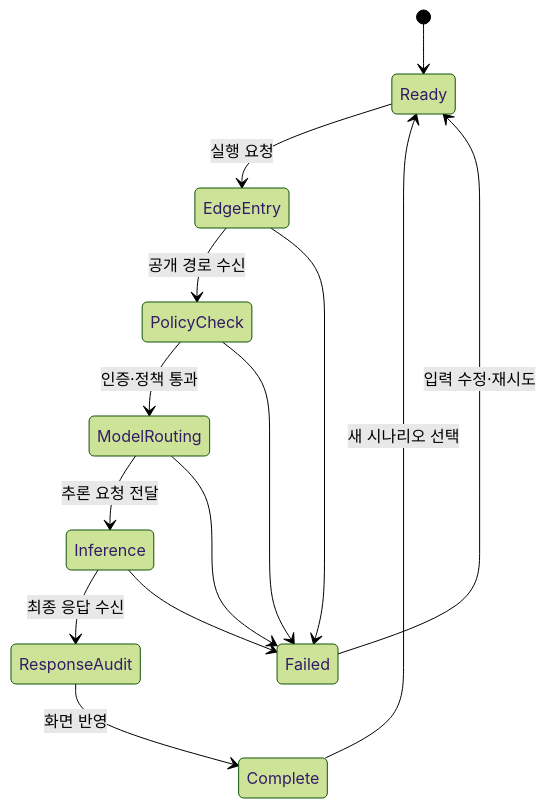
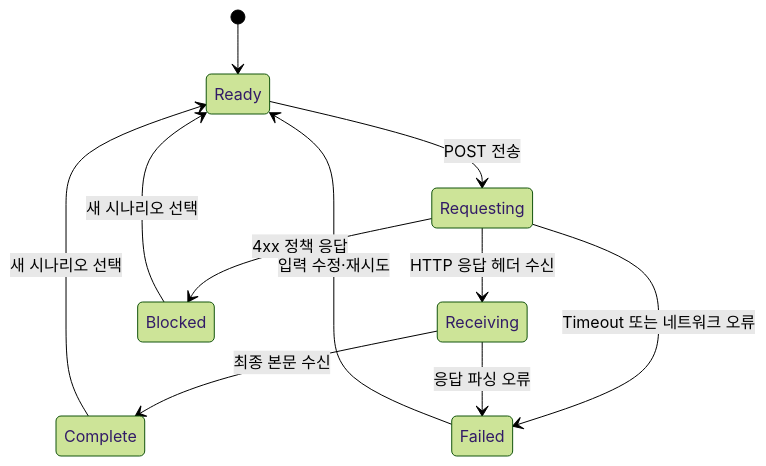
The fourth of 5 diagrams in architecture.md (devcy0922/devcy0922.github.io), drawn with Mermaid (forest theme) before and after one commit. The commit also changed other lines of this file and 3 other files, not shown here.

````diff
--- a/architecture.md
+++ b/architecture.md
@@ -118,16 +119,13 @@
 ```mermaid
 stateDiagram-v2
     [*] --> Ready
-    Ready --> EdgeEntry: 실행 요청
-    EdgeEntry --> PolicyCheck: 공개 경로 수신
-    PolicyCheck --> ModelRouting: 인증·정책 통과
-    ModelRouting --> Inference: 추론 요청 전달
-    Inference --> ResponseAudit: 최종 응답 수신
-    ResponseAudit --> Complete: 화면 반영
-    EdgeEntry --> Failed
-    PolicyCheck --> Failed
-    ModelRouting --> Failed
-    Inference --> Failed
+    Ready --> Requesting: POST 전송
+    Requesting --> Receiving: HTTP 응답 헤더 수신
+    Receiving --> Complete: 최종 본문 수신
+    Requesting --> Blocked: 4xx 정책 응답
+    Requesting --> Failed: Timeout 또는 네트워크 오류
+    Receiving --> Failed: 응답 파싱 오류
+    Blocked --> Ready: 새 시나리오 선택
     Failed --> Ready: 입력 수정·재시도
     Complete --> Ready: 새 시나리오 선택
 ```
````
